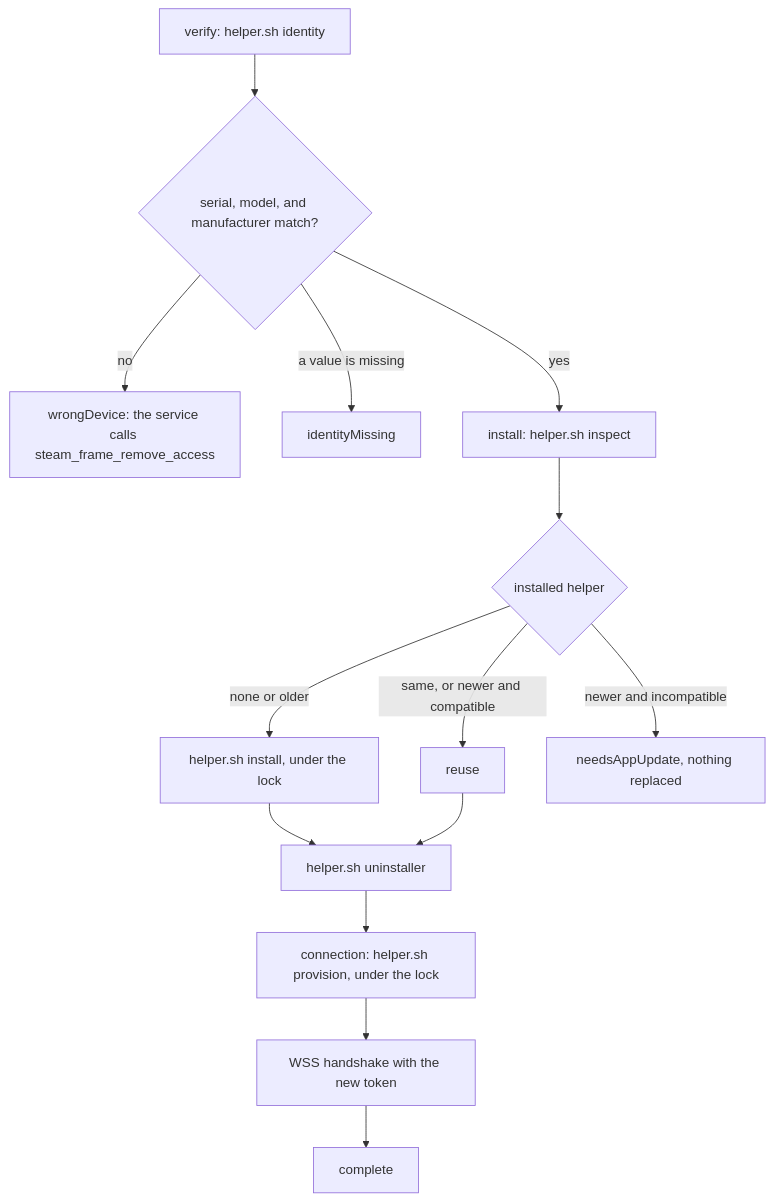
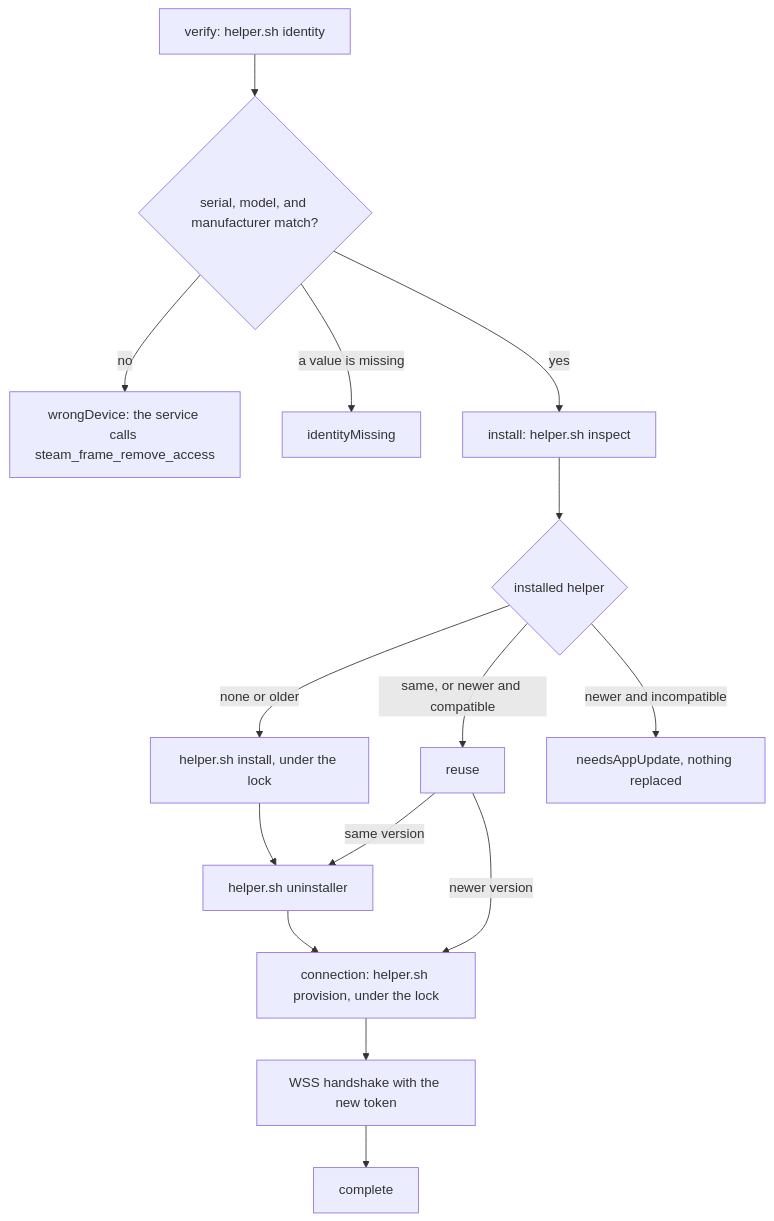
Before and after one commit to Raphiiko/OyasumiVR: the third of 5 diagrams in docs/agents/steam-frame-pairing.md, drawn with Mermaid. The commit also changed other lines of this file and 5 other files, not shown here.

````diff
--- a/docs/agents/steam-frame-pairing.md
+++ b/docs/agents/steam-frame-pairing.md
@@ -100,16 +106,17 @@
 ```mermaid
 flowchart TD
   A["verify: helper.sh identity"] --> B{"serial, model, and manufacturer match?"}
   B -- "no" --> W["wrongDevice: the service calls steam_frame_remove_access"]
   B -- "a value is missing" --> M["identityMissing"]
   B -- "yes" --> C["install: helper.sh inspect"]
   C --> D{"installed helper"}
   D -- "none or older" --> E["helper.sh install, under the lock"]
   D -- "same, or newer and compatible" --> F["reuse"]
   D -- "newer and incompatible" --> N["needsAppUpdate, nothing replaced"]
   E --> G["helper.sh uninstaller"]
-  F --> G
+  F -- "same version" --> G
+  F -- "newer version" --> H
   G --> H["connection: helper.sh provision, under the lock"]
   H --> I["WSS handshake with the new token"]
   I --> J["complete"]
 ```
````
